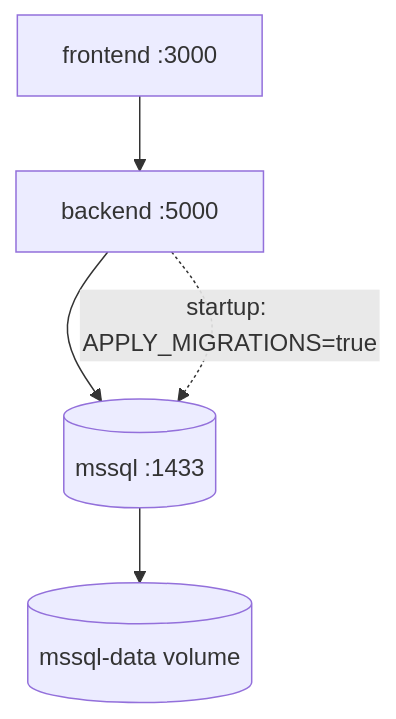
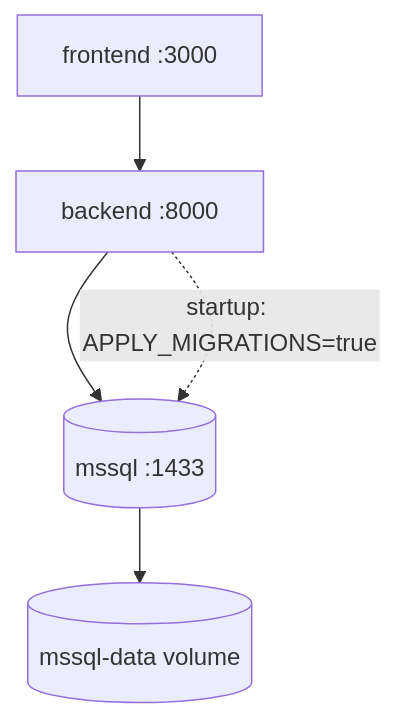
Before and after one commit to CsKitti24/ProjektLabor: the second of 3 diagrams in README.md, drawn with Mermaid. The commit also changed other lines of this file and 5 other files, not shown here.

````diff
--- a/README.md
+++ b/README.md
@@ -42,7 +42,7 @@
 ```mermaid
 flowchart TB
-    FE["frontend :3000"] --> BE["backend :5000"]
+    FE["frontend :3000"] --> BE["backend :8000"]
     BE --> SQL[("mssql :1433")]
     BE -. "startup: APPLY_MIGRATIONS=true" .-> SQL
     SQL --> Volume[("mssql-data volume")]
 ```
````
